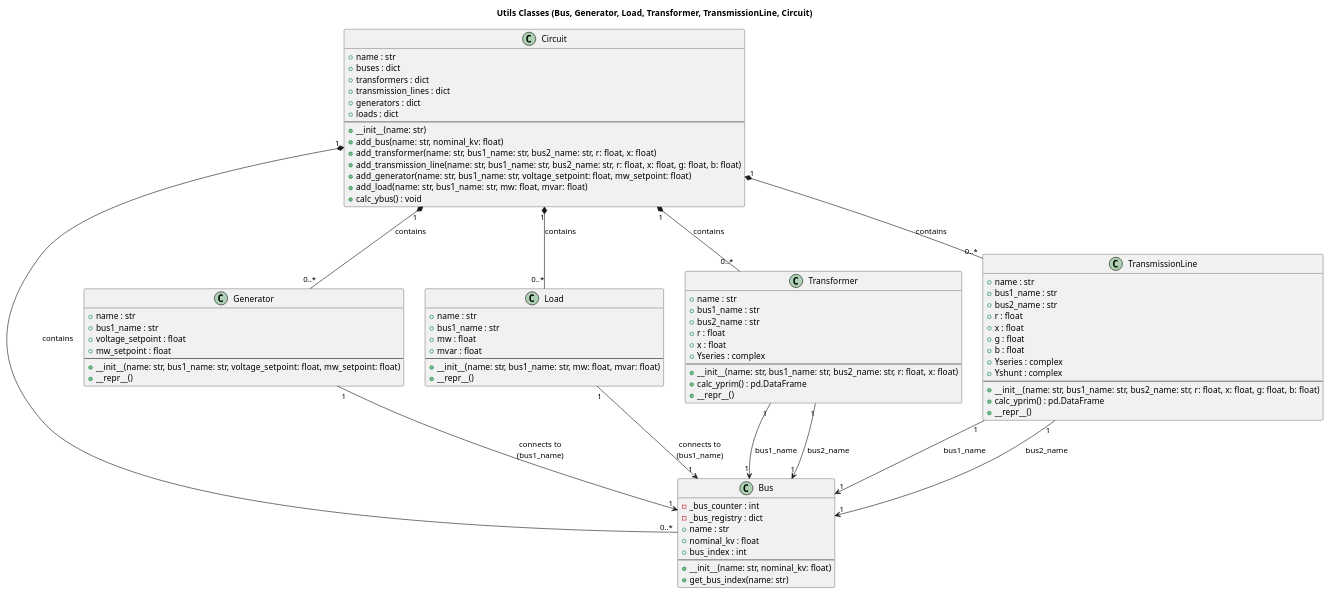
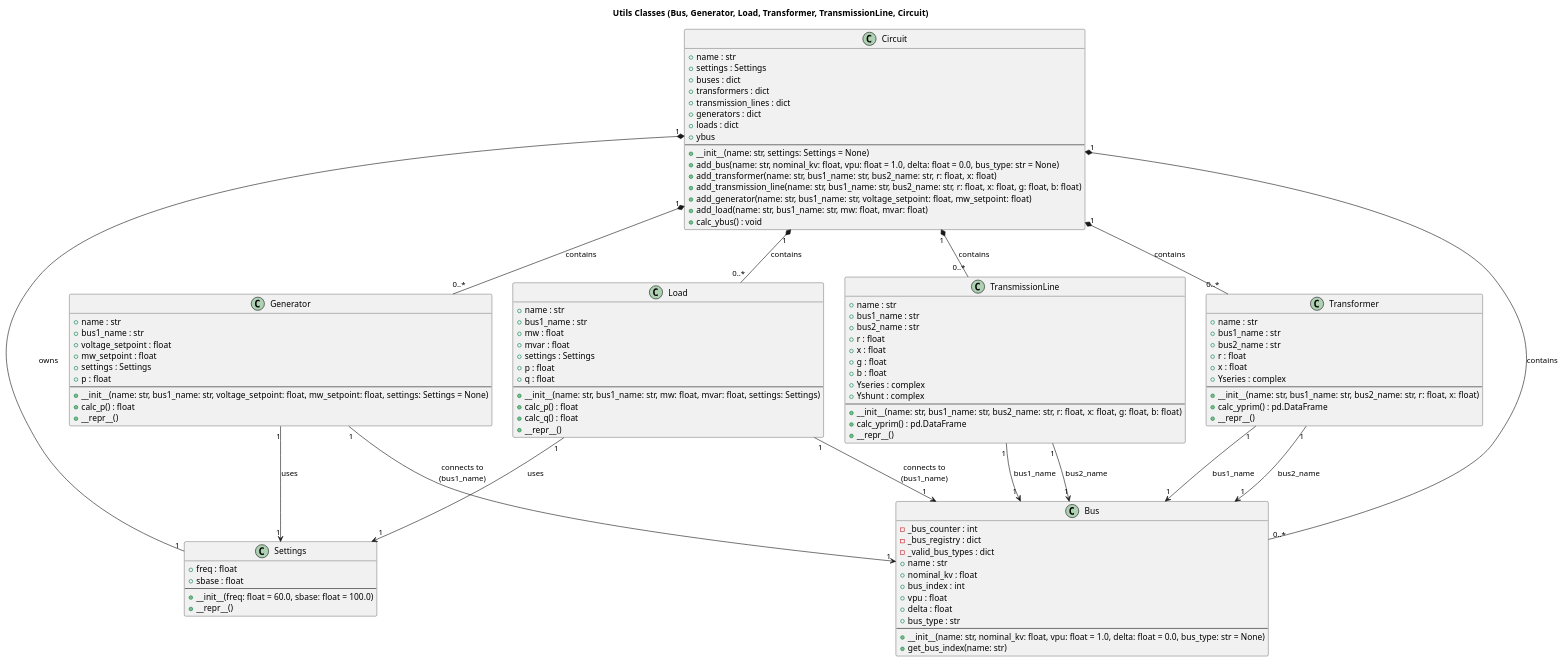
The diagram in Src/Utils/ClassDiagrams/ClassDiagrams.puml (AndreGilchrist-Pitt/Project-2-Main-Simulator), drawn with PlantUML before and after one commit. The commit also changed 9 other files, not shown here.

Commit message:
Big Update! Modified for Milestone 5: Classes/ClassDiagrams/Paths/main/README. Included a new Dir for MilestoneValidationHelp for individual tests

```diff
--- a/Src/Utils/ClassDiagrams/ClassDiagrams.puml
+++ b/Src/Utils/ClassDiagrams/ClassDiagrams.puml
@@ -1,94 +1,118 @@
 @startuml
 title Utils Classes (Bus, Generator, Load, Transformer, TransmissionLine, Circuit)
-
+class Settings {
+  +freq : float
+  +sbase : float
+  --
+  +__init__(freq: float = 60.0, sbase: float = 100.0)
+  +__repr__()
+}
 class Bus {
   -_bus_counter : int
   -_bus_registry : dict
+  -_valid_bus_types : dict
   +name : str
   +nominal_kv : float
   +bus_index : int
+  +vpu : float
+  +delta : float
+  +bus_type : str
   --
-  +__init__(name: str, nominal_kv: float)
+  +__init__(name: str, nominal_kv: float, vpu: float = 1.0, delta: float = 0.0, bus_type: str = None)
   +get_bus_index(name: str)
 }
 
 class Generator {
   +name : str
   +bus1_name : str
   +voltage_setpoint : float
   +mw_setpoint : float
+  +settings : Settings
+  +p : float
   --
-  +__init__(name: str, bus1_name: str, voltage_setpoint: float, mw_setpoint: float)
+  +__init__(name: str, bus1_name: str, voltage_setpoint: float, mw_setpoint: float, settings: Settings = None)
+  +calc_p() : float
   +__repr__()
 }
 
 class Load {
   +name : str
   +bus1_name : str
   +mw : float
   +mvar : float
+  +settings : Settings
+  +p : float
+  +q : float
   --
-  +__init__(name: str, bus1_name: str, mw: float, mvar: float)
+  +__init__(name: str, bus1_name: str, mw: float, mvar: float, settings: Settings)
+  +calc_p() : float
+  +calc_q() : float
   +__repr__()
 }
 
 class Transformer {
   +name : str
   +bus1_name : str
   +bus2_name : str
   +r : float
   +x : float
   +Yseries : complex
   --
   +__init__(name: str, bus1_name: str, bus2_name: str, r: float, x: float)
   +calc_yprim() : pd.DataFrame
   +__repr__()
 }
 
 class TransmissionLine {
   +name : str
   +bus1_name : str
   +bus2_name : str
   +r : float
   +x : float
   +g : float
   +b : float
   +Yseries : complex
   +Yshunt : complex
   --
   +__init__(name: str, bus1_name: str, bus2_name: str, r: float, x: float, g: float, b: float)
   +calc_yprim() : pd.DataFrame
   +__repr__()
 }
 
 class Circuit {
   +name : str
+  +settings : Settings
   +buses : dict
   +transformers : dict
   +transmission_lines : dict
   +generators : dict
   +loads : dict
+  +ybus
   --
-  +__init__(name: str)
-  +add_bus(name: str, nominal_kv: float)
+  +__init__(name: str, settings: Settings = None)
+  +add_bus(name: str, nominal_kv: float, vpu: float = 1.0, delta: float = 0.0, bus_type: str = None)
   +add_transformer(name: str, bus1_name: str, bus2_name: str, r: float, x: float)
   +add_transmission_line(name: str, bus1_name: str, bus2_name: str, r: float, x: float, g: float, b: float)
   +add_generator(name: str, bus1_name: str, voltage_setpoint: float, mw_setpoint: float)
   +add_load(name: str, bus1_name: str, mw: float, mvar: float)
   +calc_ybus() : void
 }
 
+Circuit "1" *-- "1" Settings : owns
 Circuit "1" *-- "0..*" Bus : contains
 Circuit "1" *-- "0..*" Transformer : contains
 Circuit "1" *-- "0..*" TransmissionLine : contains
 Circuit "1" *-- "0..*" Generator : contains
 Circuit "1" *-- "0..*" Load : contains
+
+Generator "1" --> "1" Settings : uses
+Load "1" --> "1" Settings : uses
 
 Generator "1" --> "1" Bus : connects to\n(bus1_name)
 Load "1" --> "1" Bus : connects to\n(bus1_name)
 Transformer "1" --> "1" Bus : bus1_name
 Transformer "1" --> "1" Bus : bus2_name
 TransmissionLine "1" --> "1" Bus : bus1_name
 TransmissionLine "1" --> "1" Bus : bus2_name
 
 @enduml
```
